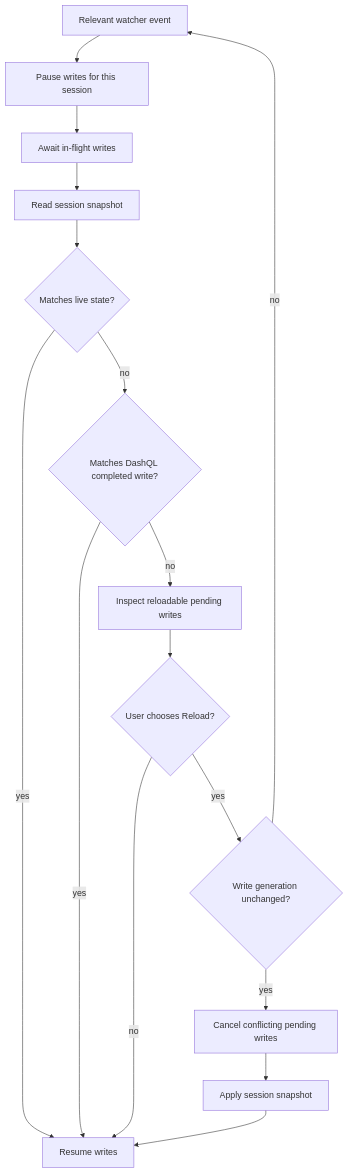
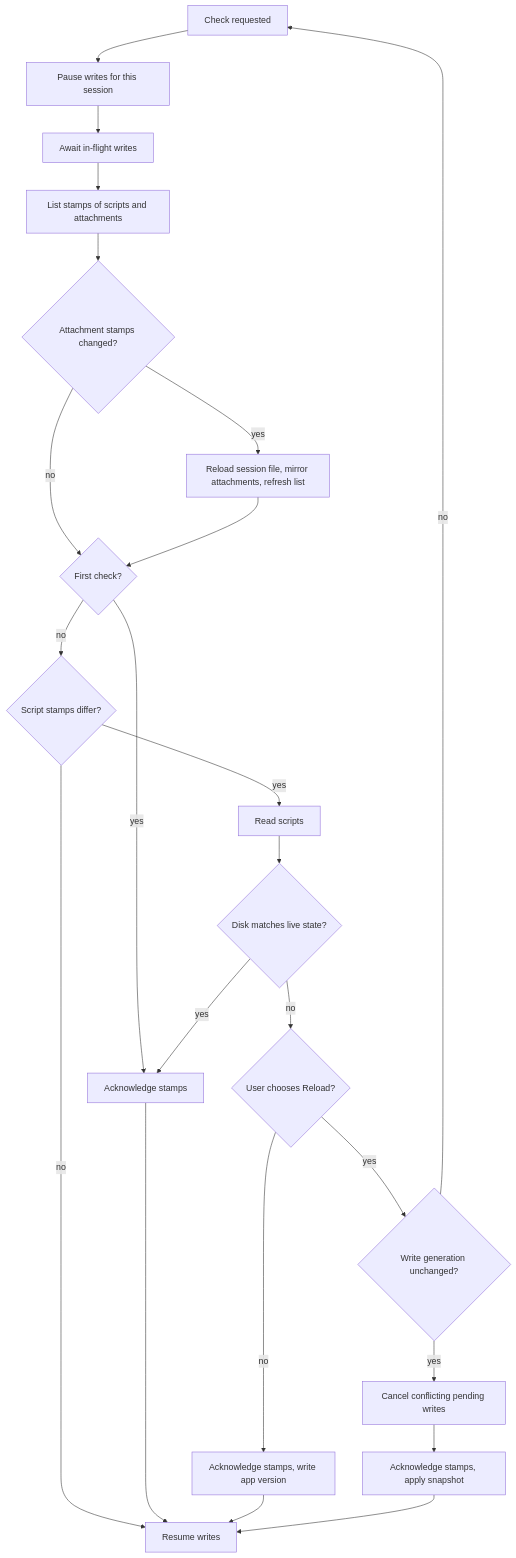
One commit to ankoh/dashql changed the second of 2 diagrams in docs/design/native_file_sync.md. Above: the diagram before and after it, drawn with Mermaid. The commit also changed other lines of this file and 17 other files, not shown here.

First line of the commit message:
Check native session folders on focus and before script writes instead of watching them

````diff
--- a/docs/design/native_file_sync.md
+++ b/docs/design/native_file_sync.md
@@ -126,18 +135,25 @@
 ```mermaid
 flowchart TD
-    E[Relevant watcher event] --> P[Pause writes for this session]
+    E[Check requested] --> P[Pause writes for this session]
     P --> S[Await in-flight writes]
-    S --> R[Read session snapshot]
-    R --> Q{Matches live state?}
-    Q -->|yes| Z[Resume writes]
-    Q -->|no| W{Matches DashQL completed write?}
-    W -->|yes| Z
-    W -->|no| C[Inspect reloadable pending writes]
-    C --> D{User chooses Reload?}
-    D -->|no| Z
+    S --> T[List stamps of scripts and attachments]
+    T --> A{Attachment stamps changed?}
+    A -->|yes| M[Reload session file, mirror attachments, refresh list]
+    A -->|no| B
+    M --> B{First check?}
+    B -->|yes| K[Acknowledge stamps]
+    B -->|no| X{Script stamps differ?}
+    X -->|no| Z[Resume writes]
+    X -->|yes| R[Read scripts]
+    R --> Q{Disk matches live state?}
+    Q -->|yes| K
+    Q -->|no| D{User chooses Reload?}
+    D -->|no| KP[Acknowledge stamps, write app version]
     D -->|yes| G{Write generation unchanged?}
     G -->|no| E
-    G -->|yes| A[Cancel conflicting pending writes]
-    A --> U[Apply session snapshot]
+    G -->|yes| C[Cancel conflicting pending writes]
+    C --> U[Acknowledge stamps, apply snapshot]
+    K --> Z
+    KP --> Z
     U --> Z
 ```
````
